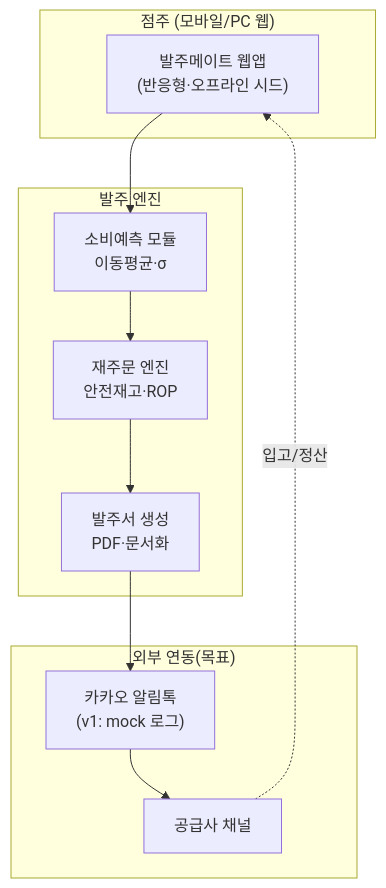
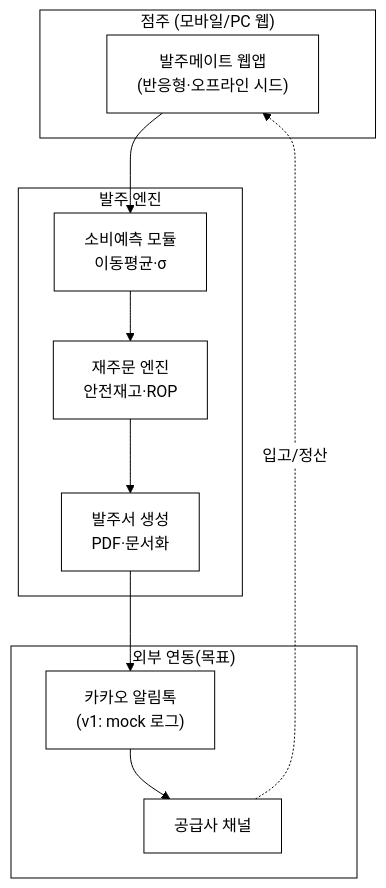
One commit to iamywl/k_startup_spare changed the fourth of 7 diagrams in 2026-saas-food-supply/biz/1_제안서.md. Above: the diagram before and after it, drawn with Mermaid. The commit also changed other lines of this file and 3 other files, not shown here.

````diff
--- a/2026-saas-food-supply/biz/1_제안서.md
+++ b/2026-saas-food-supply/biz/1_제안서.md
@@ -184,18 +187,19 @@
 ```mermaid
+%%{init: {'theme':'base','themeVariables':{'background':'#ffffff','primaryColor':'#ffffff','primaryBorderColor':'#000000','primaryTextColor':'#000000','secondaryColor':'#ffffff','secondaryBorderColor':'#000000','secondaryTextColor':'#000000','tertiaryColor':'#ffffff','tertiaryBorderColor':'#000000','tertiaryTextColor':'#000000','mainBkg':'#ffffff','secondBkg':'#ffffff','lineColor':'#000000','textColor':'#000000','clusterBkg':'#ffffff','clusterBorder':'#000000','edgeLabelBackground':'#ffffff','actorBkg':'#ffffff','actorBorder':'#000000','noteBkgColor':'#ffffff','noteBorderColor':'#000000','signalColor':'#000000','signalTextColor':'#000000','fontFamily':'Georgia, serif'}}}%%
 flowchart TB
   subgraph Client["점주 (모바일/PC 웹)"]
     UI["발주메이트 웹앱<br/>(반응형·오프라인 시드)"]
   end
   subgraph Core["발주 엔진"]
     FC["소비예측 모듈<br/>이동평균·σ"]
     RO["재주문 엔진<br/>안전재고·ROP"]
     PO["발주서 생성<br/>PDF·문서화"]
   end
   subgraph Ext["외부 연동(목표)"]
     KKO["카카오 알림톡<br/>(v1: mock 로그)"]
     SUP["공급사 채널"]
   end
   UI --> FC --> RO --> PO
   PO --> KKO --> SUP
   SUP -.입고/정산.-> UI
 ```
````
